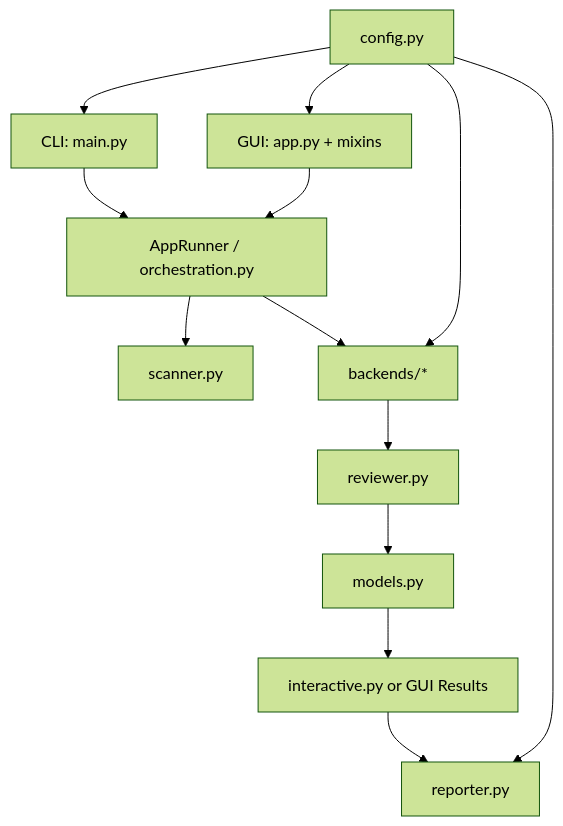
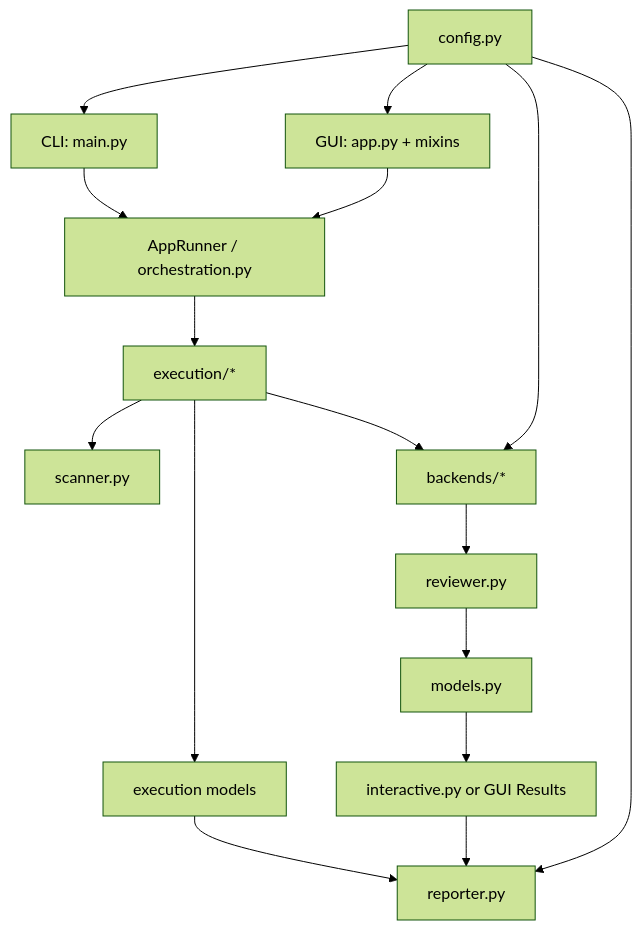
One commit to gallaway-jp/AICodeReviewer changed the first of 5 diagrams in docs/architecture.md. Above: the diagram before and after it, drawn with Mermaid (forest theme). The commit also changed other lines of this file and 125 other files, not shown here.

````diff
--- a/docs/architecture.md
+++ b/docs/architecture.md
@@ -16,15 +20,18 @@
 ```mermaid
 flowchart TD
 	CLI[CLI: main.py] --> ORCH[AppRunner / orchestration.py]
 	GUI[GUI: app.py + mixins] --> ORCH
-	ORCH --> SCAN[scanner.py]
-	ORCH --> BACKENDS[backends/*]
+	ORCH --> EXEC[execution/*]
+	EXEC --> SCAN[scanner.py]
+	EXEC --> BACKENDS[backends/*]
 	BACKENDS --> REVIEW[reviewer.py]
 	REVIEW --> MODELS[models.py]
+	EXEC --> EMODELS[execution models]
+	EMODELS --> REPORT[reporter.py]
 	MODELS --> INTERACTIVE[interactive.py or GUI Results]
 	INTERACTIVE --> REPORT[reporter.py]
 	CONFIG[config.py] --> CLI
 	CONFIG --> GUI
 	CONFIG --> BACKENDS
 	CONFIG --> REPORT
 ```
````
